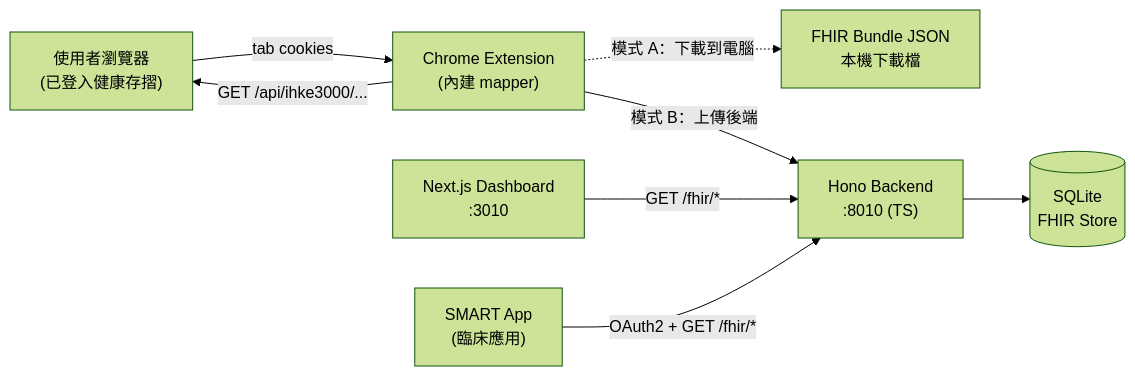
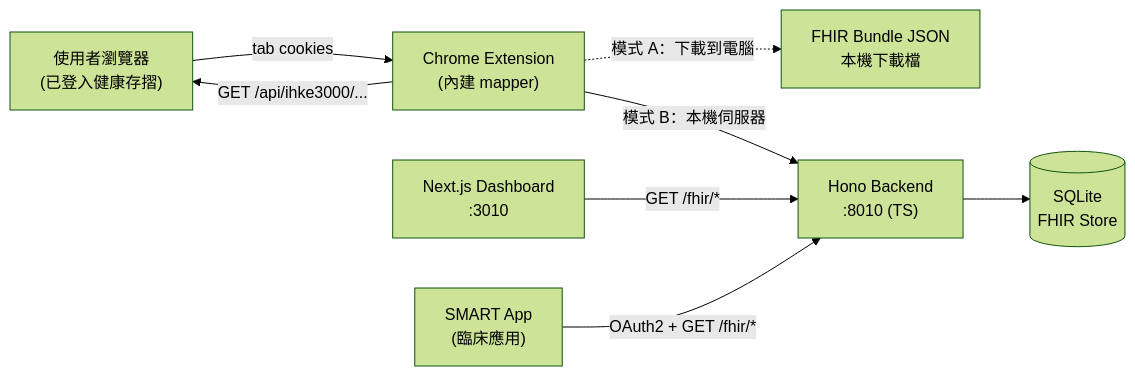
One commit to voho0000/NHI-FHIR-BRIDGE changed the diagram in README.md. Above: the diagram before and after it, drawn with Mermaid (forest theme). The commit also changed other lines of this file, not shown here.

````diff
--- a/README.md
+++ b/README.md
@@ -36,18 +38,18 @@
 ```mermaid
 flowchart LR
   user["使用者瀏覽器<br/>(已登入健康存摺)"]
   ext["Chrome Extension<br/>(內建 mapper)"]
   file["FHIR Bundle JSON<br/>本機下載檔"]
   backend["Hono Backend<br/>:8010 (TS)"]
   db[("SQLite<br/>FHIR Store")]
   dash["Next.js Dashboard<br/>:3010"]
   smart["SMART App<br/>(臨床應用)"]
 
   user -->|tab cookies| ext
   ext -->|GET /api/ihke3000/...| user
   ext -. 模式 A：下載到電腦 .-> file
-  ext -- 模式 B：上傳後端 --> backend
+  ext -- 模式 B：本機伺服器 --> backend
   backend --> db
   dash -->|GET /fhir/*| backend
   smart -->|OAuth2 + GET /fhir/*| backend
 ```
````
